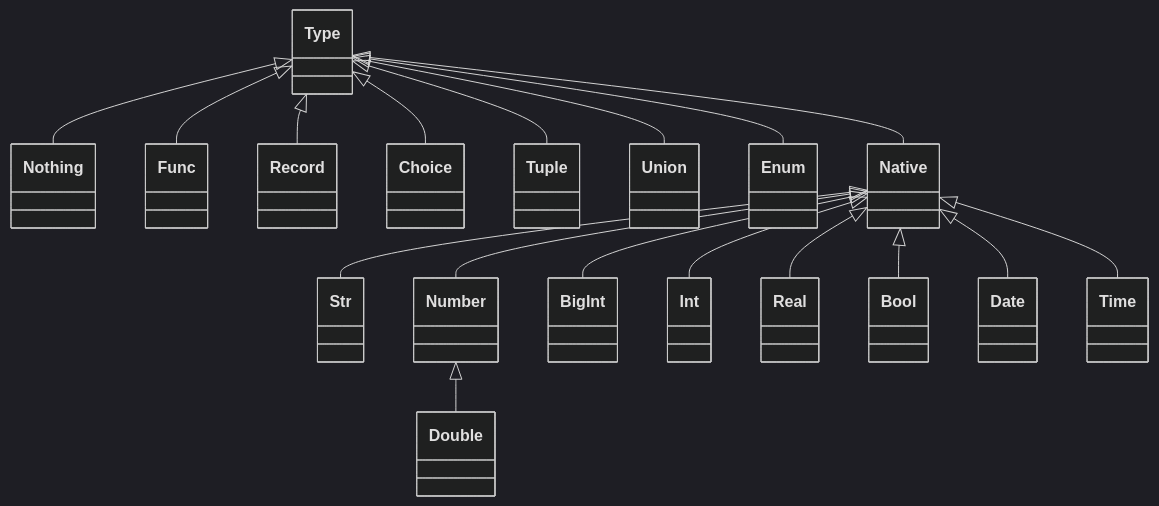
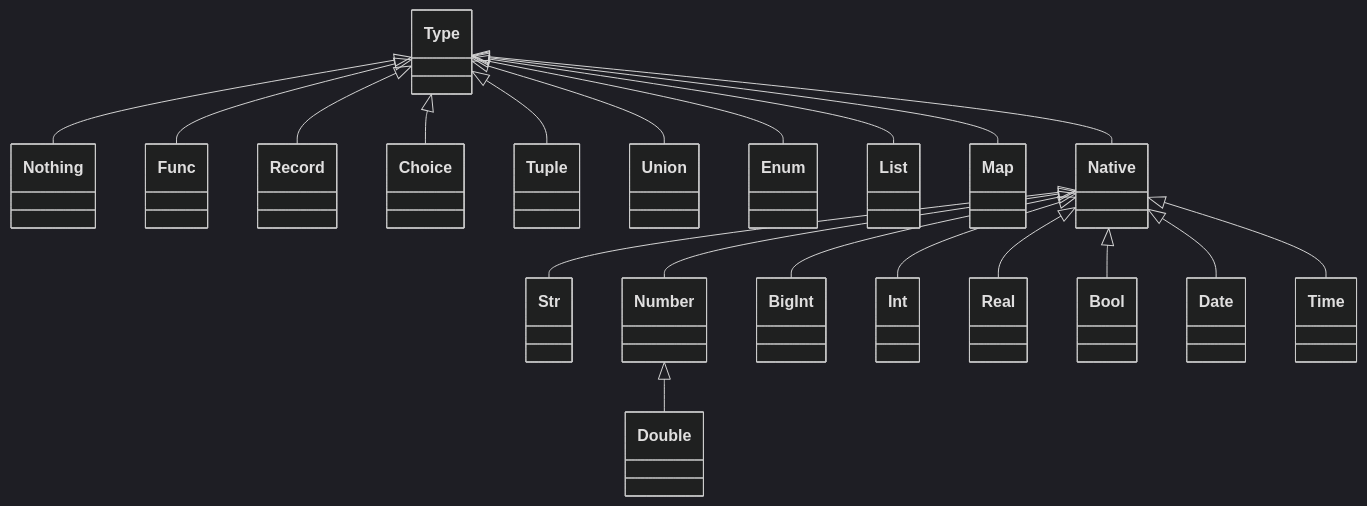
The diagram in README.md (dmitrysharkov/hexa-ruby), drawn with Mermaid (dark theme) before and after one commit. The commit also changed other lines of this file and 3 other files, not shown here.

````diff
--- a/README.md
+++ b/README.md
@@ -12,20 +12,22 @@
 ```mermaid
 classDiagram
       Type <|-- Nothing 
       Type <|-- Func
       Type <|-- Record
       Type <|-- Choice 
       Type <|-- Tuple
       Type <|-- Union
       Type <|-- Enum
+      Type <|-- List
+      Type <|-- Map
       Type <|-- Native
       Native <|-- Str
       Native <|-- Number
       Native <|-- BigInt
       Native <|-- Int
       Number <|-- Double
       Native <|-- Real
       Native <|-- Bool
       Native <|-- Date
       Native <|-- Time  
 ```
````
